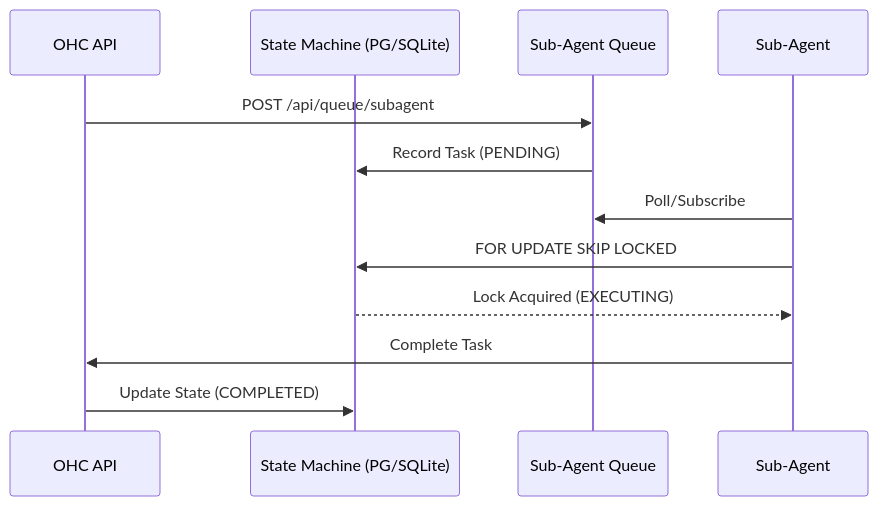
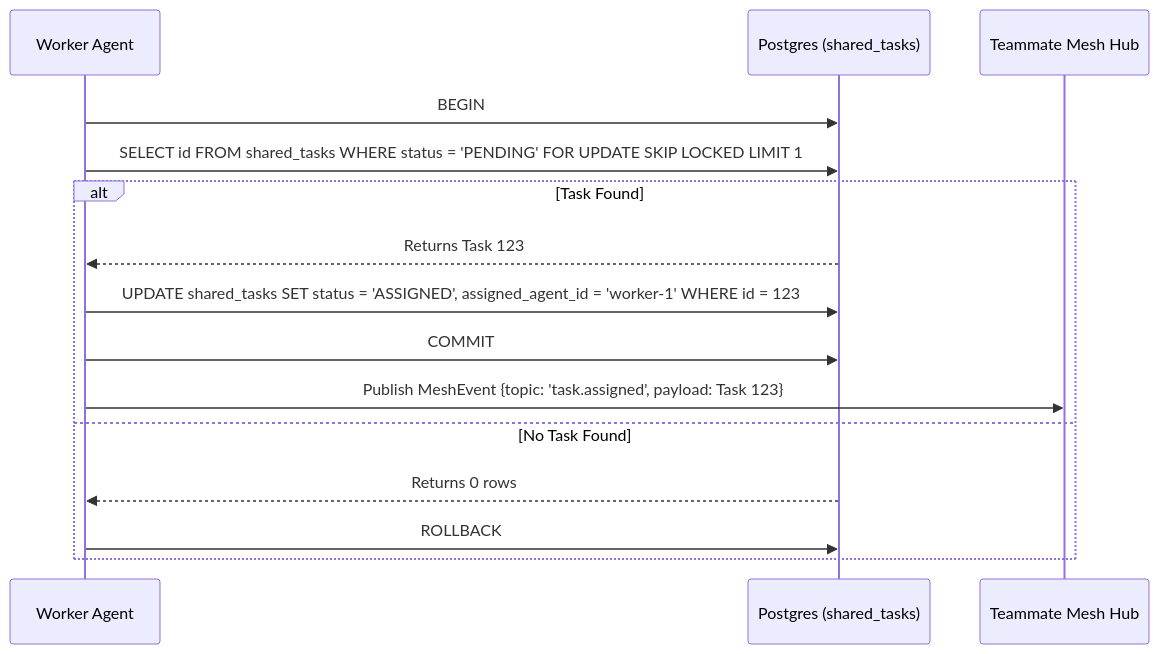
The fourth of 5 diagrams in docs/api_playbook.md (omnisolo-llc/onehumancorp), drawn with Mermaid before and after one commit. The commit also changed other lines of this file and 6 other files, not shown here.

````diff
--- a/docs/api_playbook.md
+++ b/docs/api_playbook.md
@@ -70,15 +345,18 @@
-    ```mermaid
-    sequenceDiagram
-        participant API as OHC API
-        participant DB as State Machine (PG/SQLite)
-        participant Queue as Sub-Agent Queue
-        participant Worker as Sub-Agent
+```mermaid
+sequenceDiagram
+    participant Agent as Worker Agent
+    participant DB as Postgres (shared_tasks)
+    participant Hub as Teammate Mesh Hub
 
-        API->>Queue: POST /api/queue/subagent
-        Queue->>DB: Record Task (PENDING)
-        Worker->>Queue: Poll/Subscribe
-        Worker->>DB: FOR UPDATE SKIP LOCKED
-        DB-->>Worker: Lock Acquired (EXECUTING)
-        Worker->>API: Complete Task
-        API->>DB: Update State (COMPLETED)
-    ```
+    Agent->>DB: BEGIN
+    Agent->>DB: SELECT id FROM shared_tasks WHERE status = 'PENDING' FOR UPDATE SKIP LOCKED LIMIT 1
+    alt Task Found
+        DB-->>Agent: Returns Task 123
+        Agent->>DB: UPDATE shared_tasks SET status = 'ASSIGNED', assigned_agent_id = 'worker-1' WHERE id = 123
+        Agent->>DB: COMMIT
+        Agent->>Hub: Publish MeshEvent {topic: 'task.assigned', payload: Task 123}
+    else No Task Found
+        DB-->>Agent: Returns 0 rows
+        Agent->>DB: ROLLBACK
+    end
+```
````
